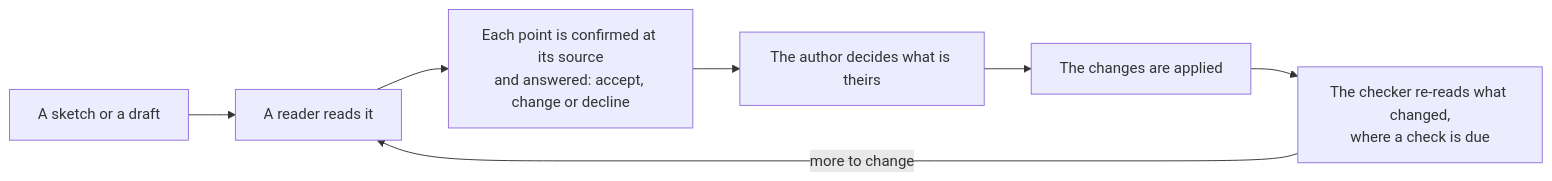
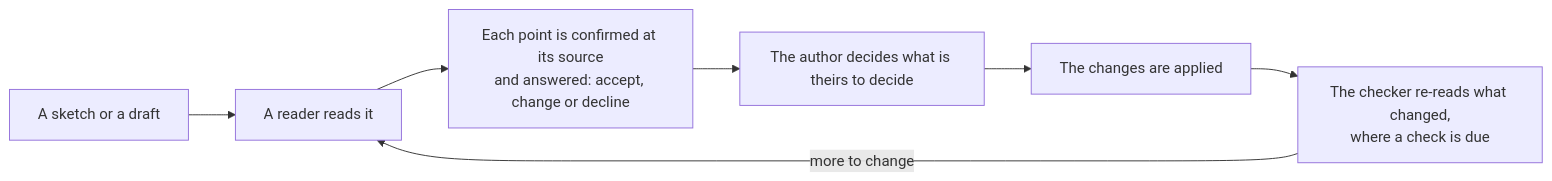
The diagram in README.md (darrencroton/ai-agent-science), drawn with Mermaid before and after one commit. The commit also changed other lines of this file and 1 other file, not shown here.

First line of the commit message:
README: claim only what holds, and put getting started in one place

````diff
--- a/README.md
+++ b/README.md
@@ -71,9 +71,9 @@
 ```mermaid
 flowchart LR
     D[A sketch or a draft] --> R[A reader reads it]
     R --> V[Each point is confirmed at its source<br/>and answered: accept, change or decline]
-    V --> A[The author decides what is theirs]
+    V --> A[The author decides what is theirs to decide]
     A --> P[The changes are applied]
     P --> C[The checker re-reads what changed,<br/>where a check is due]
     C -->|more to change| R
 ```
````
